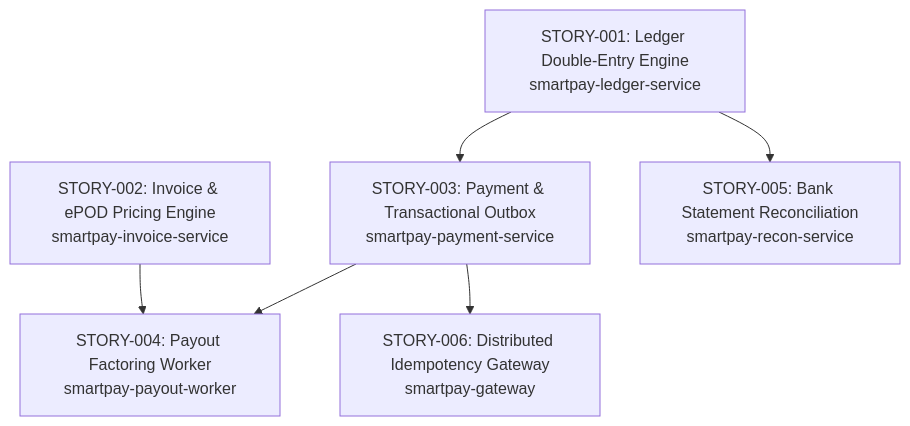
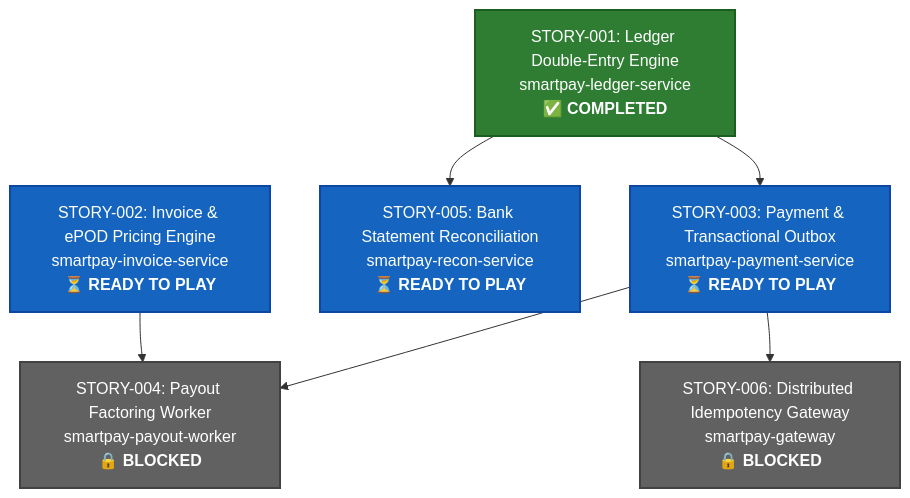
Before and after one commit to netologist/smartpay-system: the diagram in docs/stories/README.md, drawn with Mermaid. The commit also changed other lines of this file, not shown here.

Commit message:
docs(stories): mark STORY-001 as completed, add phased execution order and dependency matrix

````diff
--- a/docs/stories/README.md
+++ b/docs/stories/README.md
@@ -9,8 +9,17 @@
 ```mermaid
 graph TD
-    STORY_001[STORY-001: Ledger Double-Entry Engine<br/>smartpay-ledger-service] --> STORY_003[STORY-003: Payment & Transactional Outbox<br/>smartpay-payment-service]
-    STORY_002[STORY-002: Invoice & ePOD Pricing Engine<br/>smartpay-invoice-service] --> STORY_004[STORY-004: Payout Factoring Worker<br/>smartpay-payout-worker]
+    STORY_001[STORY-001: Ledger Double-Entry Engine<br/>smartpay-ledger-service<br/><b>✅ COMPLETED</b>] --> STORY_003[STORY-003: Payment & Transactional Outbox<br/>smartpay-payment-service<br/><b>⏳ READY TO PLAY</b>]
+    STORY_001 --> STORY_005[STORY-005: Bank Statement Reconciliation<br/>smartpay-recon-service<br/><b>⏳ READY TO PLAY</b>]
+    
+    STORY_002[STORY-002: Invoice & ePOD Pricing Engine<br/>smartpay-invoice-service<br/><b>⏳ READY TO PLAY</b>] --> STORY_004[STORY-004: Payout Factoring Worker<br/>smartpay-payout-worker<br/><b>🔒 BLOCKED</b>]
     STORY_003 --> STORY_004
-    STORY_001 --> STORY_005[STORY-005: Bank Statement Reconciliation<br/>smartpay-recon-service]
-    STORY_003 --> STORY_006[STORY-006: Distributed Idempotency Gateway<br/>smartpay-gateway]
+    STORY_003 --> STORY_006[STORY-006: Distributed Idempotency Gateway<br/>smartpay-gateway<br/><b>🔒 BLOCKED</b>]
+
+    classDef completed fill:#2e7d32,stroke:#1b5e20,color:#fff,stroke-width:2px;
+    classDef ready fill:#1565c0,stroke:#0d47a1,color:#fff,stroke-width:2px;
+    classDef blocked fill:#616161,stroke:#424242,color:#fff,stroke-width:2px;
+
+    class STORY_001 completed;
+    class STORY_002,STORY_003,STORY_005 ready;
+    class STORY_004,STORY_006 blocked;
 ```
````
